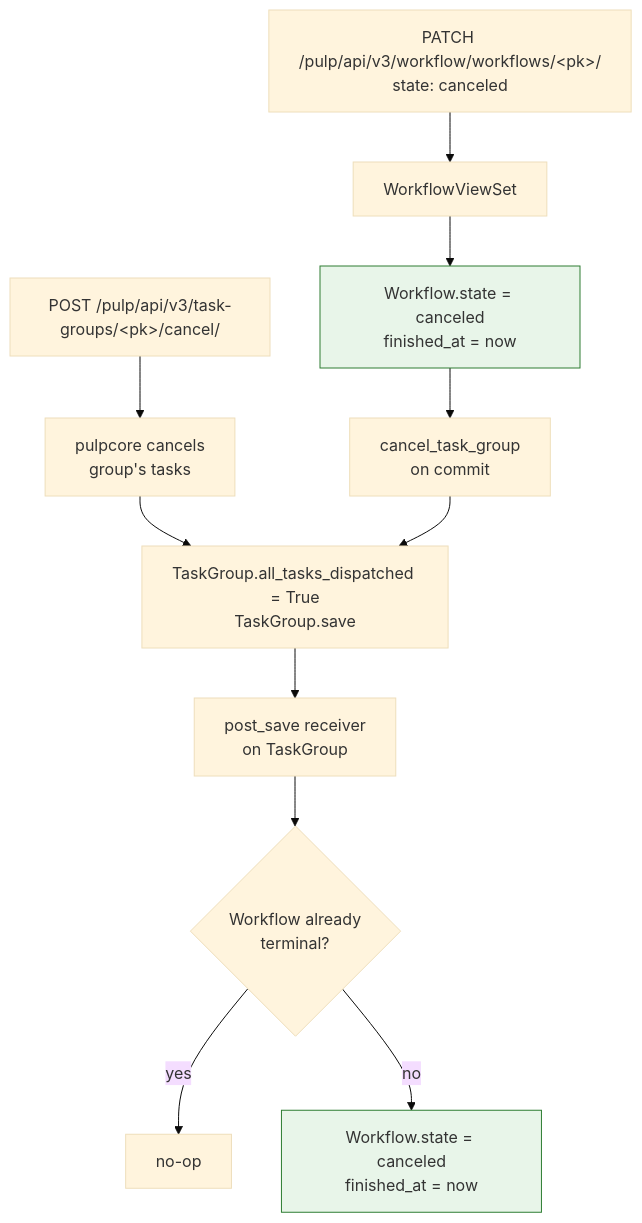
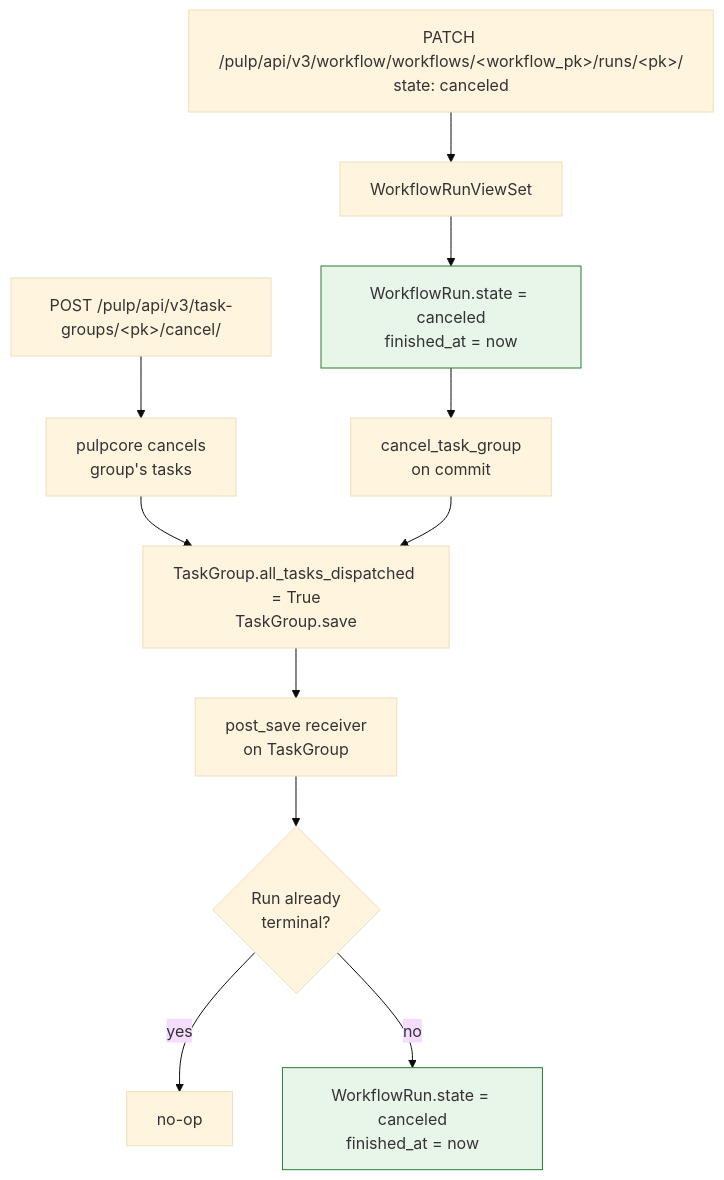
The second of 2 diagrams in docs/design.md (pulp/pulp_workflow), drawn with Mermaid (base theme) before and after one commit. The commit also changed other lines of this file and 20 other files, not shown here.

````diff
--- a/docs/design.md
+++ b/docs/design.md
@@ -113,18 +156,18 @@
 ```mermaid
 flowchart TD
-    A[PATCH /pulp/api/v3/workflow/workflows/&lt;pk&gt;/<br/>state: canceled] --> B[WorkflowViewSet]
-    B --> C[Workflow.state = canceled<br/>finished_at = now]
+    A[PATCH /pulp/api/v3/workflow/workflows/&lt;workflow_pk&gt;/runs/&lt;pk&gt;/<br/>state: canceled] --> B[WorkflowRunViewSet]
+    B --> C[WorkflowRun.state = canceled<br/>finished_at = now]
     C --> D[cancel_task_group<br/>on commit]
 
     E[POST /pulp/api/v3/task-groups/&lt;pk&gt;/cancel/] --> F[pulpcore cancels<br/>group's tasks]
     F --> G[TaskGroup.all_tasks_dispatched = True<br/>TaskGroup.save]
 
     D --> G
     G --> H[post_save receiver<br/>on TaskGroup]
-    H --> I{Workflow already<br/>terminal?}
+    H --> I{Run already<br/>terminal?}
     I -- yes --> J[no-op]
-    I -- no --> K[Workflow.state = canceled<br/>finished_at = now]
+    I -- no --> K[WorkflowRun.state = canceled<br/>finished_at = now]
 
     classDef terminal fill:#e8f5e9,stroke:#2e7d32;
     class C,K terminal;
 ```
````
